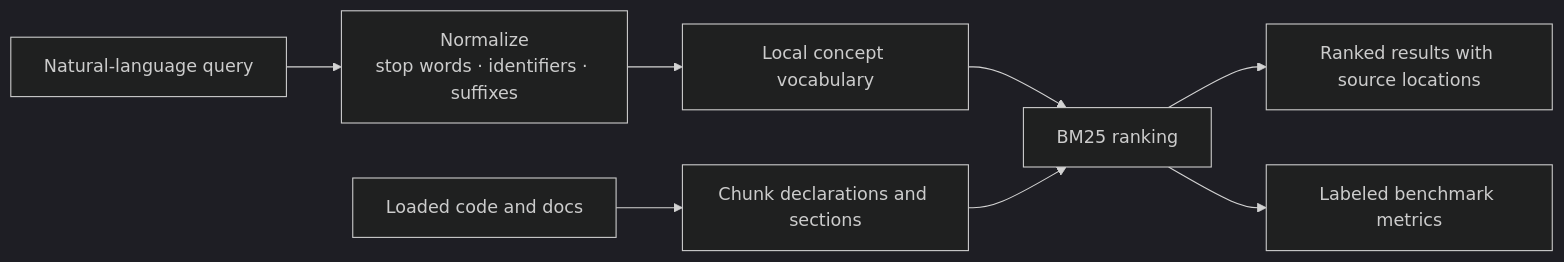
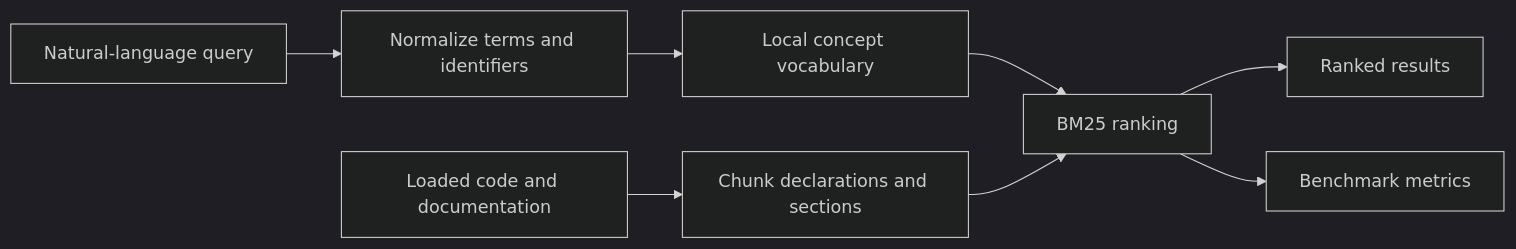
One commit to srishtipandey1/codeexplain changed the first of 2 diagrams in README.md. Above: the diagram before and after it, drawn with Mermaid (dark theme). The commit also changed other lines of this file and 1 other file, not shown here.

````diff
--- a/README.md
+++ b/README.md
@@ -56,10 +47,10 @@
 ```mermaid
 flowchart LR
-    Q["Natural-language query"] --> N["Normalize<br/>stop words · identifiers · suffixes"]
+    Q["Natural-language query"] --> N["Normalize terms and identifiers"]
     N --> C["Local concept vocabulary"]
     C --> R["BM25 ranking"]
-    D["Loaded code and docs"] --> K["Chunk declarations and sections"]
+    F["Loaded code and documentation"] --> K["Chunk declarations and sections"]
     K --> R
-    R --> H["Ranked results with source locations"]
-    R --> E["Labeled benchmark metrics"]
+    R --> S["Ranked results"]
+    R --> E["Benchmark metrics"]
 ```
````
